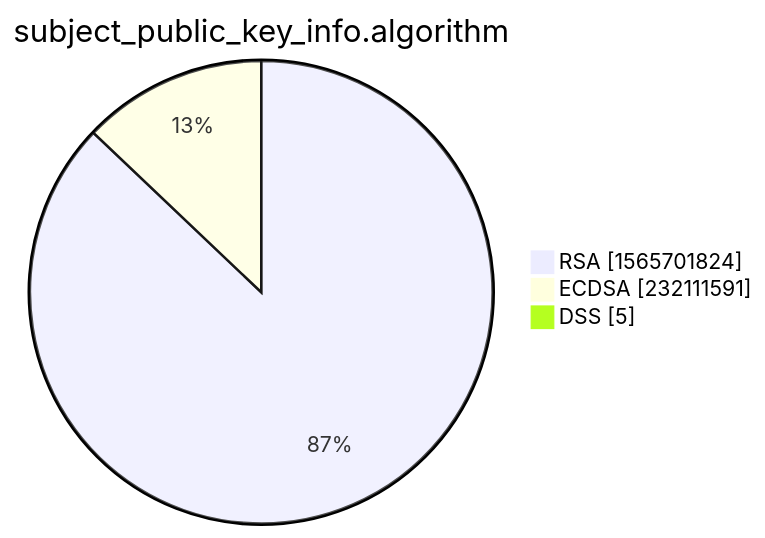
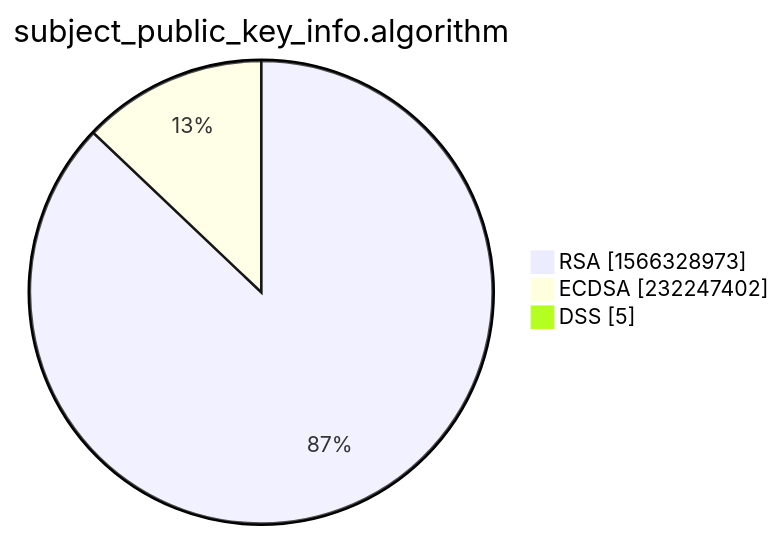
The third of 15 diagrams in xenon2022/README.md (christiankrug/ctmonitor_visualization), drawn with Mermaid before and after one commit. The commit also changed other lines of this file, not shown here.

````diff
--- a/xenon2022/README.md
+++ b/xenon2022/README.md
@@ -14,7 +14,7 @@
 ```mermaid
 pie showData
 title subject_public_key_info.algorithm
-"RSA" :1565701824
-"ECDSA" :232111591
+"RSA" :1566328973
+"ECDSA" :232247402
 "DSS" :5
 ```
````
